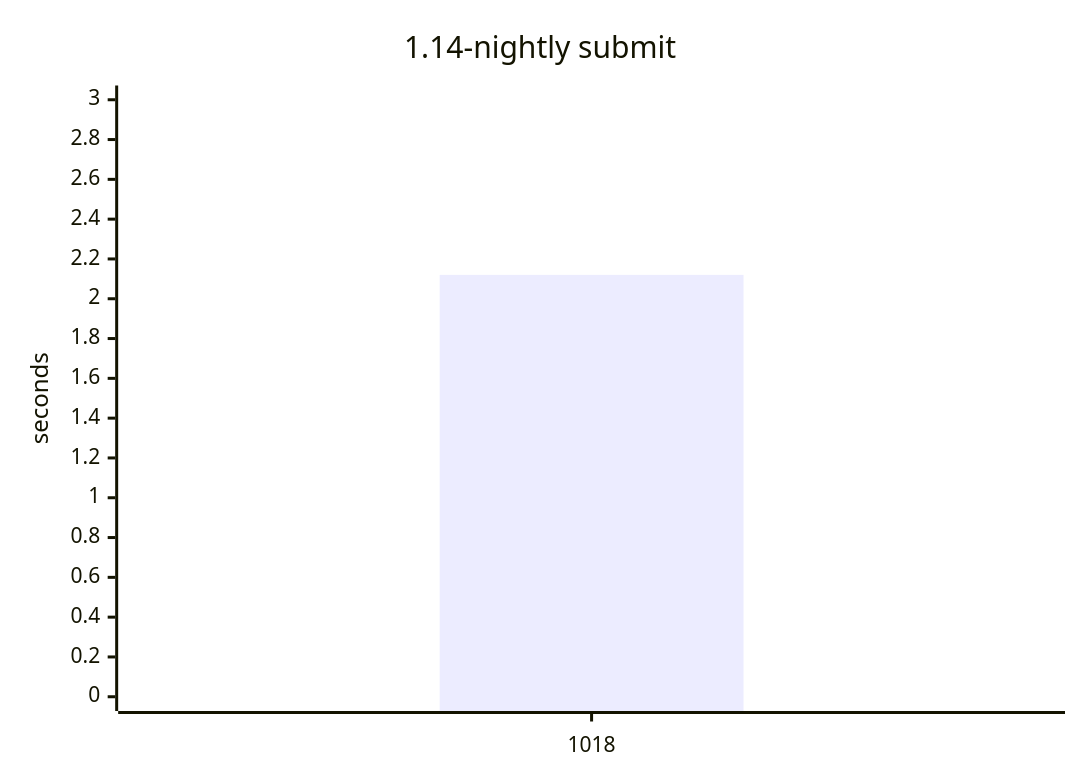
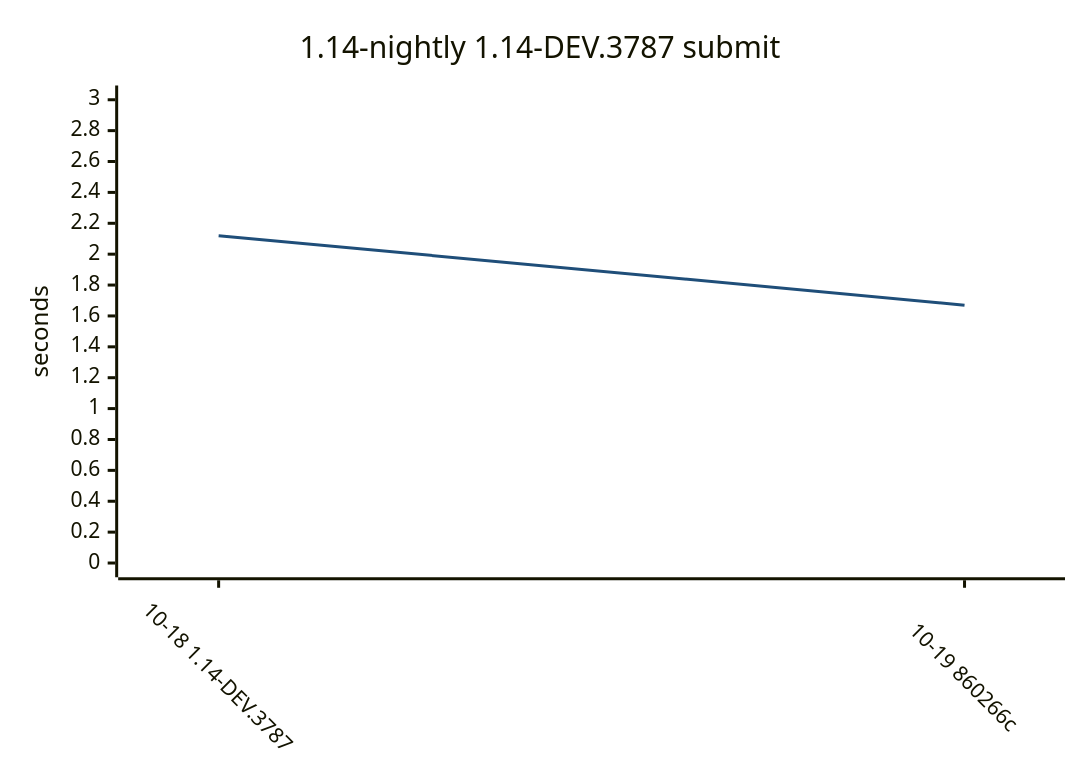
One commit to yamanori99/DistSSHQueue.jl changed the eighth of 15 diagrams in README.md. Above: the diagram before and after it, drawn with Mermaid. The commit also changed other lines of this file and 1 other file, not shown here.

Commit message:
Record compile bench for 1.14-nightly.

````diff
--- a/README.md
+++ b/README.md
@@ -198,7 +268,17 @@
 ```mermaid
+---
+config:
+  theme: base
+  themeVariables:
+    xyChart:
+      plotColorPalette: "#1f4e79"
+  xyChart:
+    xAxis:
+      labelRotation: 45
+---
 xychart-beta
-    title "1.14-nightly submit"
-    x-axis ["1018"]
+    title "1.14-nightly 1.14-DEV.3787 submit"
+    x-axis ["10-18 1.14-DEV.3787", "10-19 860266c"]
     y-axis "seconds" 0 --> 3
-    bar [2.12]
+    line [2.12, 1.67]
 ```
````
